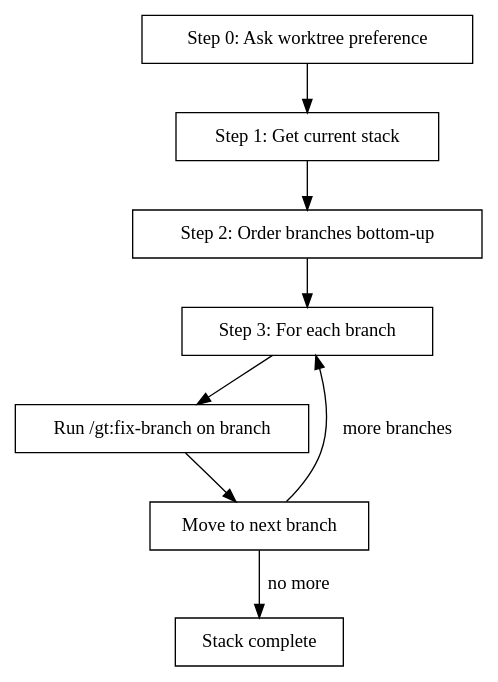
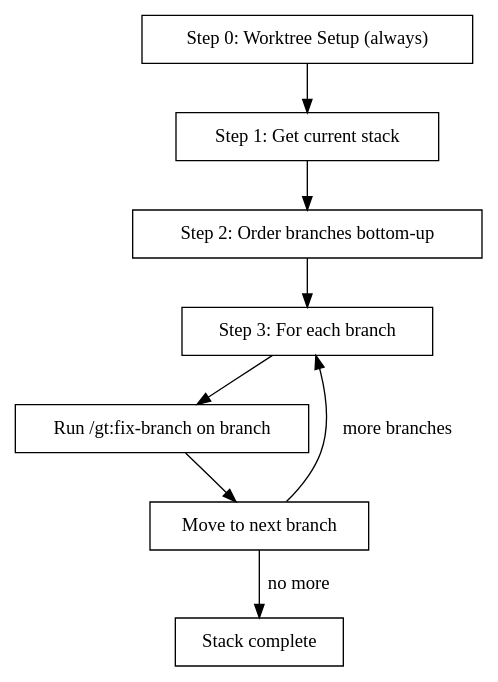
One commit to relh/metta changed the diagram in docs/ai/daveey/skills/gt:fix-stack/SKILL.md. Above: the diagram before and after it, drawn with Graphviz. The commit also changed other lines of this file and 9 other files, not shown here.

````diff
--- a/docs/ai/daveey/skills/gt:fix-stack/SKILL.md
+++ b/docs/ai/daveey/skills/gt:fix-stack/SKILL.md
@@ -21,18 +22,18 @@
 ```dot
 digraph fix_stack {
   rankdir=TB;
   node [shape=box];
 
-  worktree_pref [label="Step 0: Ask worktree preference"];
+  worktree_pref [label="Step 0: Worktree Setup (always)"];
   get_stack [label="Step 1: Get current stack"];
   order [label="Step 2: Order branches bottom-up"];
   loop [label="Step 3: For each branch"];
   fix_branch [label="Run /gt:fix-branch on branch"];
   next [label="Move to next branch"];
   done [label="Stack complete"];
 
   worktree_pref -> get_stack -> order -> loop -> fix_branch -> next;
   next -> loop [label="more branches"];
   next -> done [label="no more"];
 }
 ```
````
